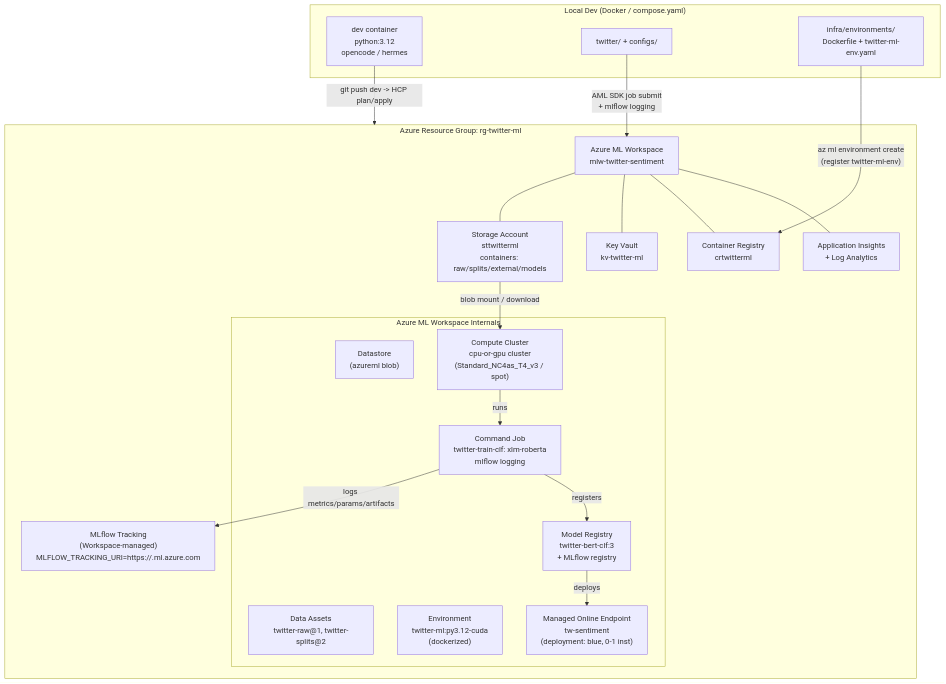
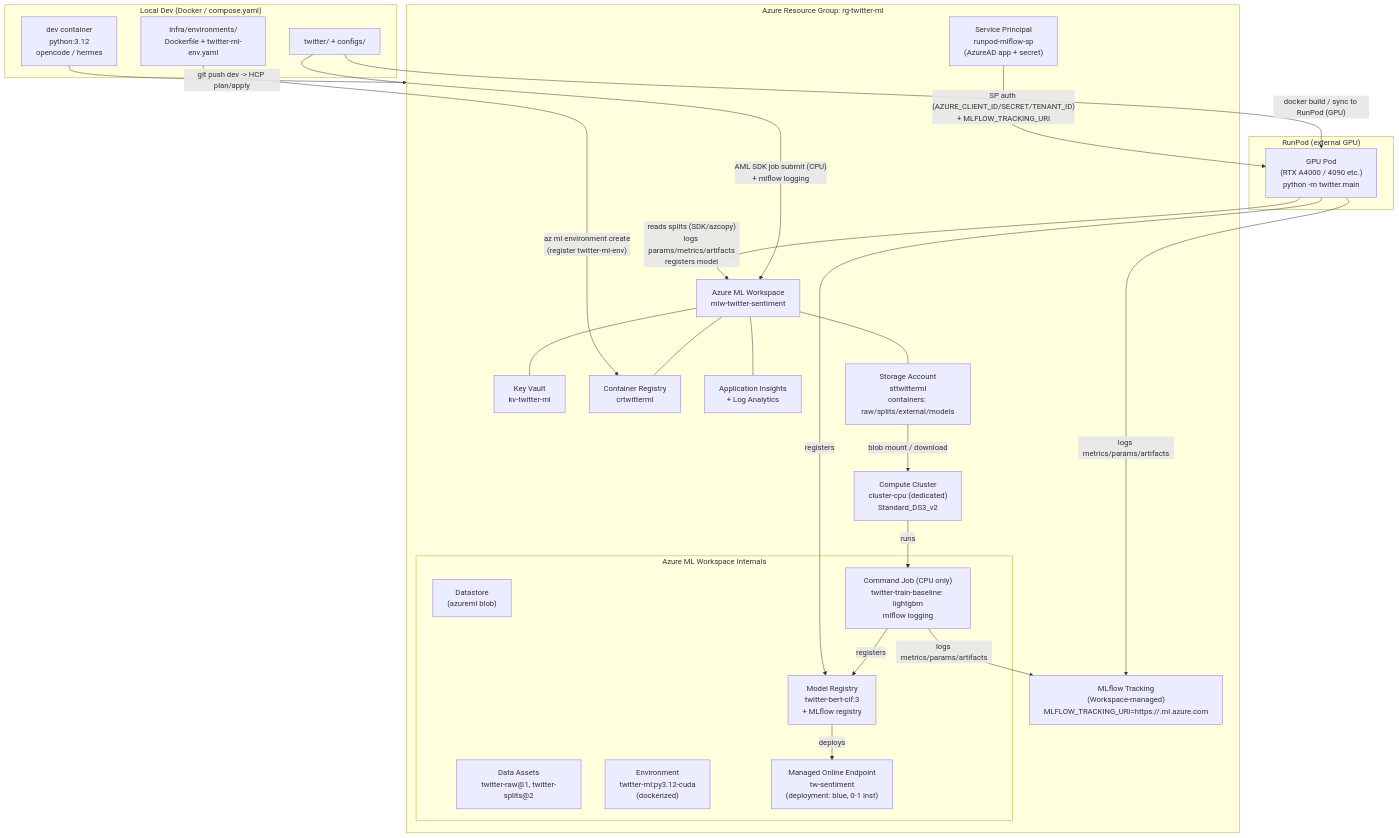
Before and after one commit to michaelschott00/twitter-sentiment-analysis: the first of 2 diagrams in docs/azure-infrastructure-plan.md, drawn with Mermaid. The commit also changed other lines of this file, not shown here.

````diff
--- a/docs/azure-infrastructure-plan.md
+++ b/docs/azure-infrastructure-plan.md
@@ -33,42 +35,52 @@
 ```mermaid
 flowchart TB
     subgraph Local["Local Dev (Docker / compose.yaml)"]
         DEV["dev container\npython:3.12\nopencode / hermes"]
         CODE["twitter/ + configs/"]
         ENVDEF["infra/environments/\nDockerfile + twitter-ml-env.yaml"]
     end
 
     subgraph AzureRG["Azure Resource Group: rg-twitter-ml"]
         ST["Storage Account\nsttwitterml\ncontainers: raw/splits/external/models"]
         KV["Key Vault\nkv-twitter-ml"]
         ACR["Container Registry\ncrtwitterml"]
         AI["Application Insights\n+ Log Analytics"]
         WS["Azure ML Workspace\nmlw-twitter-sentiment"]
+        SP["Service Principal\nrunpod-mlflow-sp\n(AzureAD app + secret)"]
+        CPU["Compute Cluster\ncluster-cpu (dedicated)\nStandard_DS3_v2"]
 
         WS --- ST
         WS --- KV
         WS --- ACR
         WS --- AI
 
         subgraph AML["Azure ML Workspace Internals"]
             DS["Datastore\n(azureml blob)"]
             DA["Data Assets\ntwitter-raw@1, twitter-splits@2"]
             ENV["Environment\ntwitter-ml:py3.12-cuda\n(dockerized)"]
-            COMP_CLUSTER["Compute Cluster\ncpu-or-gpu cluster\n(Standard_NC4as_T4_v3 / spot)"]
-            JOB["Command Job\ntwitter-train-clf: xlm-roberta\nmlflow logging"]
+            JOB["Command Job (CPU only)\ntwitter-train-baseline: lightgbm\nmlflow logging"]
             REG["Model Registry\ntwitter-bert-clf:3\n+ MLflow registry"]
             EP["Managed Online Endpoint\ntw-sentiment\n(deployment: blue, 0-1 inst)"]
         end
 
         MLFLOW["MLflow Tracking\n(Workspace-managed)\nMLFLOW_TRACKING_URI=https://<ws>.ml.azure.com"]
     end
 
+    subgraph RunPod["RunPod (external GPU)"]
+        POD["GPU Pod\n(RTX A4000 / 4090 etc.)\npython -m twitter.main"]
+    end
+
     DEV -- "git push dev -> HCP plan/apply" --> AzureRG
-    CODE -- "AML SDK job submit\n+ mlflow logging" --> WS
+    CODE -- "AML SDK job submit (CPU)\n+ mlflow logging" --> WS
+    CODE -- "docker build / sync to RunPod (GPU)" --> POD
+    SP -- "SP auth (AZURE_CLIENT_ID/SECRET/TENANT_ID)\n+ MLFLOW_TRACKING_URI" --> POD
+    POD -- "reads splits (SDK/azcopy)\nlogs params/metrics/artifacts\nregisters model" --> WS
     ENVDEF -- "az ml environment create\n(register twitter-ml-env)" --> ACR
-    ST -- "blob mount / download" --> COMP_CLUSTER
-    COMP_CLUSTER -- "runs" --> JOB
+    ST -- "blob mount / download" --> CPU
+    CPU -- "runs" --> JOB
     JOB -- "logs metrics/params/artifacts" --> MLFLOW
+    POD -- "logs metrics/params/artifacts" --> MLFLOW
     JOB -- "registers" --> REG
+    POD -- "registers" --> REG
     REG -- "deploys" --> EP
 ```
````
